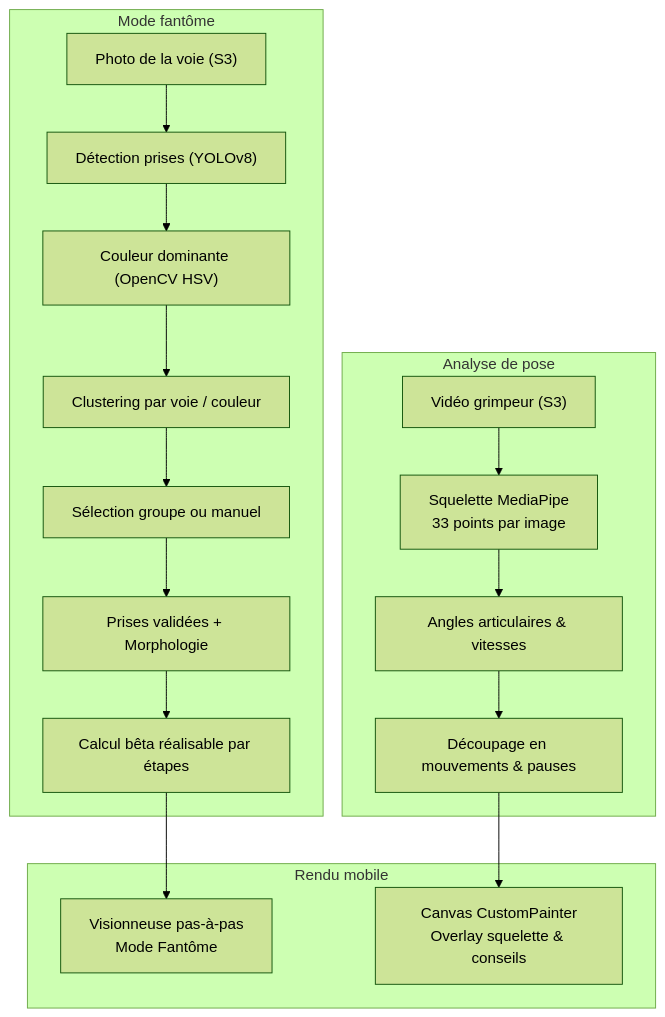
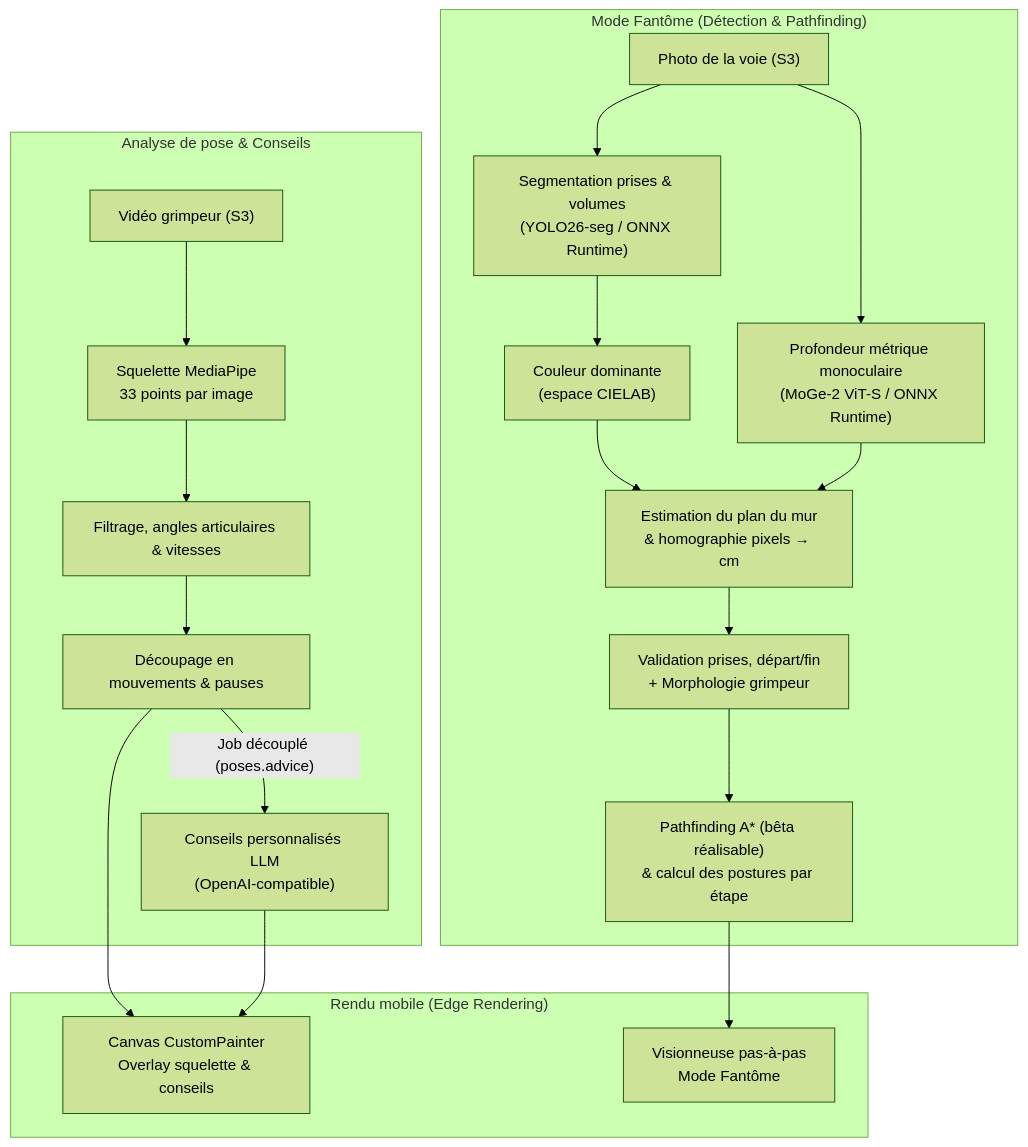
Before and after one commit to Ascension-EIP/Ascension: the fifth of 5 diagrams in docs/Ascension/administrative/eip-objectives-delivery/mandatory-2/architecture-and-data-diagrams.md, drawn with Mermaid (forest theme). The commit also changed other lines of this file, not shown here.

Commit message:
feat(docs): Update diagrams and descriptions for Ascension project

````diff
--- a/docs/Ascension/administrative/eip-objectives-delivery/mandatory-2/architecture-and-data-diagrams.md
+++ b/docs/Ascension/administrative/eip-objectives-delivery/mandatory-2/architecture-and-data-diagrams.md
@@ -258,25 +285,28 @@
 ```mermaid
 flowchart TD
-    subgraph A ["Analyse de pose"]
-        A1["Vidéo grimpeur (S3)"] --> A2["Squelette MediaPipe\n33 points par image"]
-        A2 --> A3["Angles articulaires & vitesses"]
+    subgraph A ["Analyse de pose & Conseils"]
+        A1["Vidéo grimpeur (S3)"] --> A2["Squelette MediaPipe<br/>33 points par image"]
+        A2 --> A3["Filtrage, angles articulaires & vitesses"]
         A3 --> A4["Découpage en mouvements & pauses"]
+        A4 -->|"Job découplé (poses.advice)"| A5["Conseils personnalisés LLM<br/>(OpenAI-compatible)"]
     end
 
-    subgraph B ["Mode fantôme"]
-        B1["Photo de la voie (S3)"] --> B2["Détection prises (YOLOv8)"]
-        B2 --> B3["Couleur dominante (OpenCV HSV)"]
-        B3 --> B4["Clustering par voie / couleur"]
-        B4 --> B5["Sélection groupe ou manuel"]
-        B5 --> B6["Prises validées + Morphologie"]
-        B6 --> B7["Calcul bêta réalisable par étapes"]
+    subgraph B ["Mode Fantôme (Détection & Pathfinding)"]
+        B1["Photo de la voie (S3)"] --> B2["Segmentation prises & volumes<br/>(YOLO26-seg / ONNX Runtime)"]
+        B2 --> B3["Couleur dominante<br/>(espace CIELAB)"]
+        B1 --> B4["Profondeur métrique monoculaire<br/>(MoGe-2 ViT-S / ONNX Runtime)"]
+        B3 --> B5["Estimation du plan du mur<br/>& homographie pixels → cm"]
+        B4 --> B5
+        B5 --> B6["Validation prises, départ/fin<br/>+ Morphologie grimpeur"]
+        B6 --> B7["Pathfinding A* (bêta réalisable)<br/>& calcul des postures par étape"]
     end
 
-    subgraph C ["Rendu mobile"]
-        C2["Visionneuse pas-à-pas\nMode Fantôme"]
-        C1["Canvas CustomPainter\nOverlay squelette & conseils"]
+    subgraph C ["Rendu mobile (Edge Rendering)"]
+        C1["Canvas CustomPainter<br/>Overlay squelette & conseils"]
+        C2["Visionneuse pas-à-pas<br/>Mode Fantôme"]
     end
 
     A4 --> C1
+    A5 --> C1
     B7 --> C2
 ```
````
